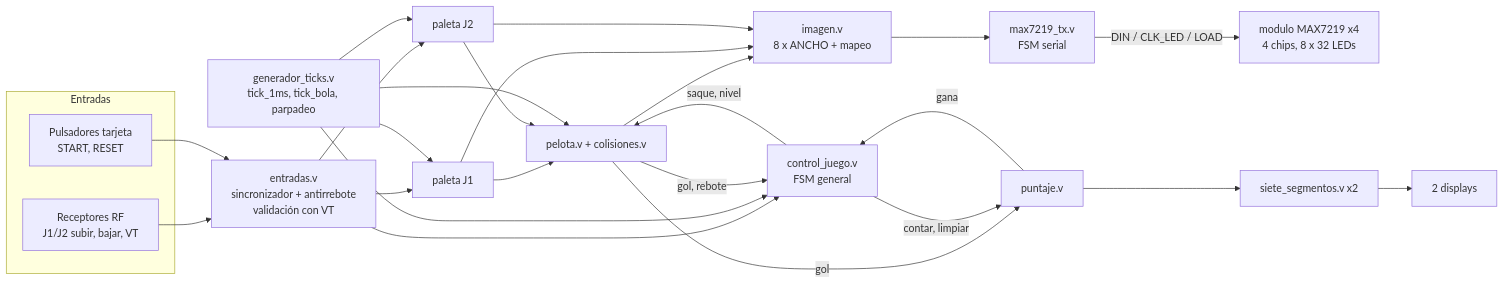
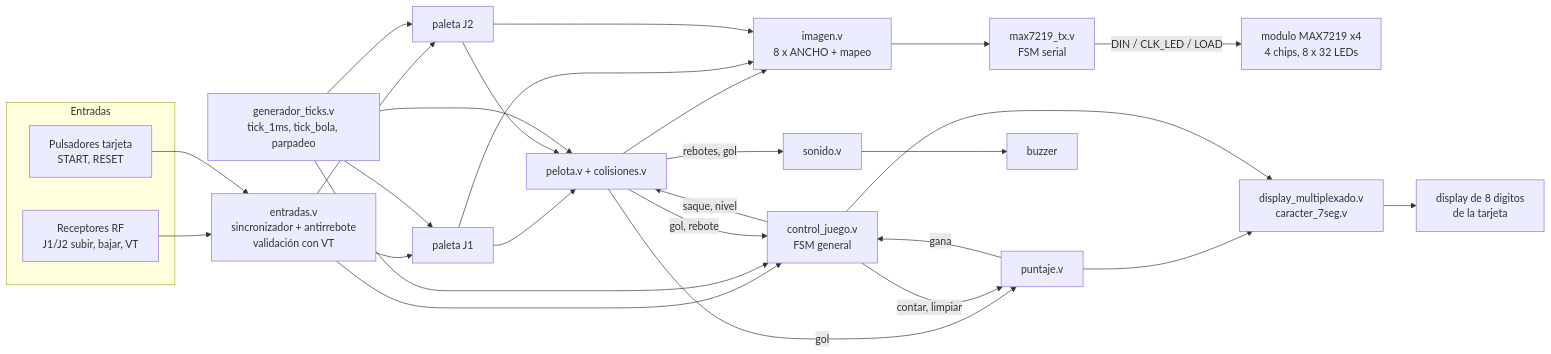
The first of 3 diagrams in docs/diseno_logico.md (dcastrogon-coder/pong-fpga-digital1), drawn with Mermaid before and after one commit. The commit also changed other lines of this file and 22 other files, not shown here.

````diff
--- a/docs/diseno_logico.md
+++ b/docs/diseno_logico.md
@@ -17,31 +17,34 @@
 ```mermaid
 flowchart LR
     subgraph Entradas
         RF[Receptores RF<br/>J1/J2 subir, bajar, VT]
         BT[Pulsadores tarjeta<br/>START, RESET]
     end
     RF --> ENT[entradas.v<br/>sincronizador + antirrebote<br/>validación con VT]
     BT --> ENT
     TICKS[generador_ticks.v<br/>tick_1ms, tick_bola, parpadeo]
     ENT --> PAL1[paleta J1]
     ENT --> PAL2[paleta J2]
     ENT --> FSM[control_juego.v<br/>FSM general]
     PAL1 --> PEL[pelota.v + colisiones.v]
     PAL2 --> PEL
     TICKS --> PEL
     TICKS --> PAL1
     TICKS --> PAL2
     TICKS --> FSM
     PEL -- gol, rebote --> FSM
     PEL -- gol --> PUN[puntaje.v]
     FSM -- contar, limpiar --> PUN
     PUN -- gana --> FSM
     FSM -- saque, nivel --> PEL
     PEL --> IMG[imagen.v<br/>8 x ANCHO + mapeo]
     PAL1 --> IMG
     PAL2 --> IMG
     IMG --> TX[max7219_tx.v<br/>FSM serial]
     TX -- DIN / CLK_LED / LOAD --> MAX[modulo MAX7219 x4<br/>4 chips, 8 x 32 LEDs]
-    PUN --> SEG[siete_segmentos.v x2]
-    SEG --> DISP[2 displays]
+    PUN --> DM[display_multiplexado.v<br/>caracter_7seg.v]
+    FSM --> DM
+    DM --> DISP[display de 8 digitos<br/>de la tarjeta]
+    PEL -- rebotes, gol --> SON[sonido.v]
+    SON --> BUZ[buzzer]
 ```
````
